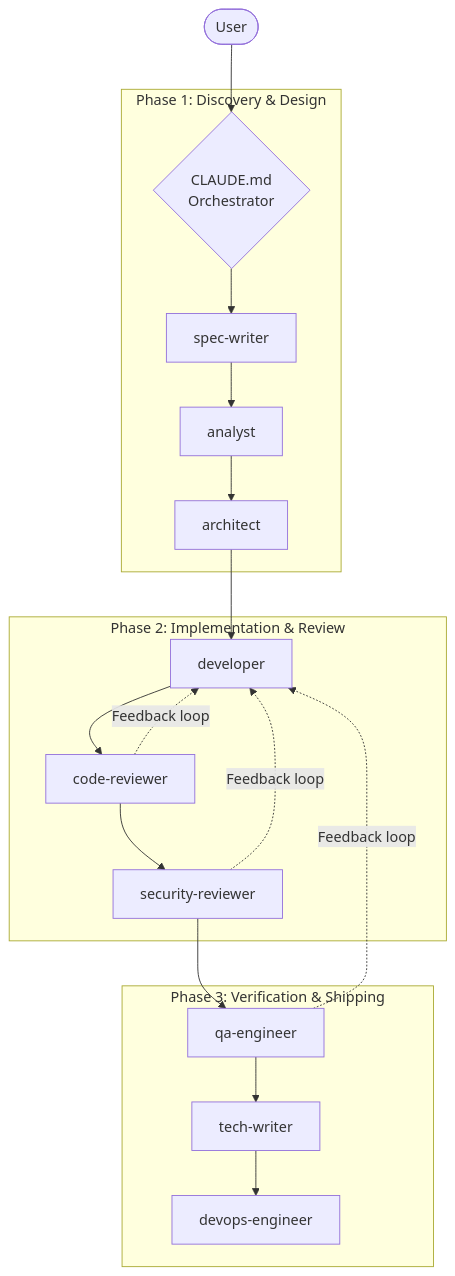
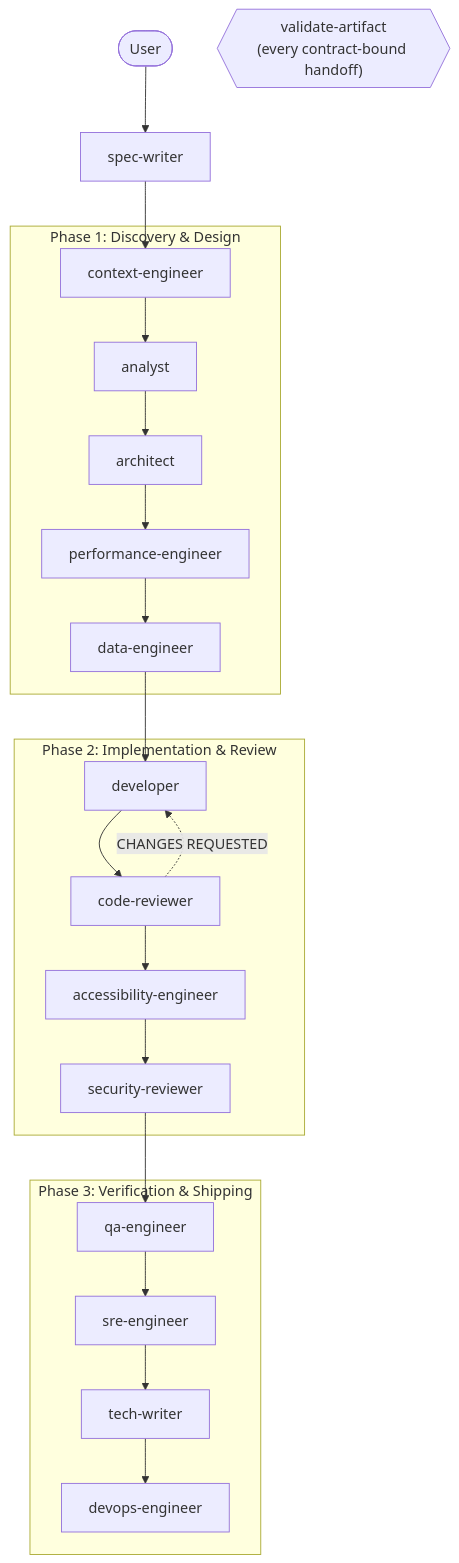
The diagram in README.md (orieken/ai-assistant-dot-files), drawn with Mermaid before and after one commit. The commit also changed other lines of this file and 7 other files, not shown here.

````diff
--- a/README.md
+++ b/README.md
@@ -74,26 +234,29 @@
 ```mermaid
 graph TD
-    User([User]) --> Orchestrator{CLAUDE.md\nOrchestrator}
-    
+    User([User]) --> SpecWriter[spec-writer]
+    SpecWriter --> ContextEngineer[context-engineer]
+
     subgraph "Phase 1: Discovery & Design"
-        Orchestrator --> SpecWriter[spec-writer]
-        SpecWriter --> Analyst[analyst]
+        ContextEngineer --> Analyst[analyst]
         Analyst --> Architect[architect]
+        Architect --> Perf[performance-engineer]
+        Perf --> Data[data-engineer]
     end
-    
+
     subgraph "Phase 2: Implementation & Review"
-        Architect --> Developer[developer]
+        Data --> Developer[developer]
         Developer --> CodeReviewer[code-reviewer]
-        CodeReviewer --> SecurityReviewer[security-reviewer]
+        CodeReviewer --> A11y[accessibility-engineer]
+        A11y --> SecurityReviewer[security-reviewer]
     end
-    
+
     subgraph "Phase 3: Verification & Shipping"
         SecurityReviewer --> QAEngineer[qa-engineer]
-        QAEngineer --> TechWriter[tech-writer]
+        QAEngineer --> SRE[sre-engineer]
+        SRE --> TechWriter[tech-writer]
         TechWriter --> DevOpsEngineer[devops-engineer]
     end
-    
-    CodeReviewer -. "Feedback loop" .-> Developer
-    QAEngineer -. "Feedback loop" .-> Developer
-    SecurityReviewer -. "Feedback loop" .-> Developer
+
+    CodeReviewer -. "CHANGES REQUESTED" .-> Developer
+    ValidateArtifact{{"validate-artifact\n(every contract-bound handoff)"}}
 ```
````
